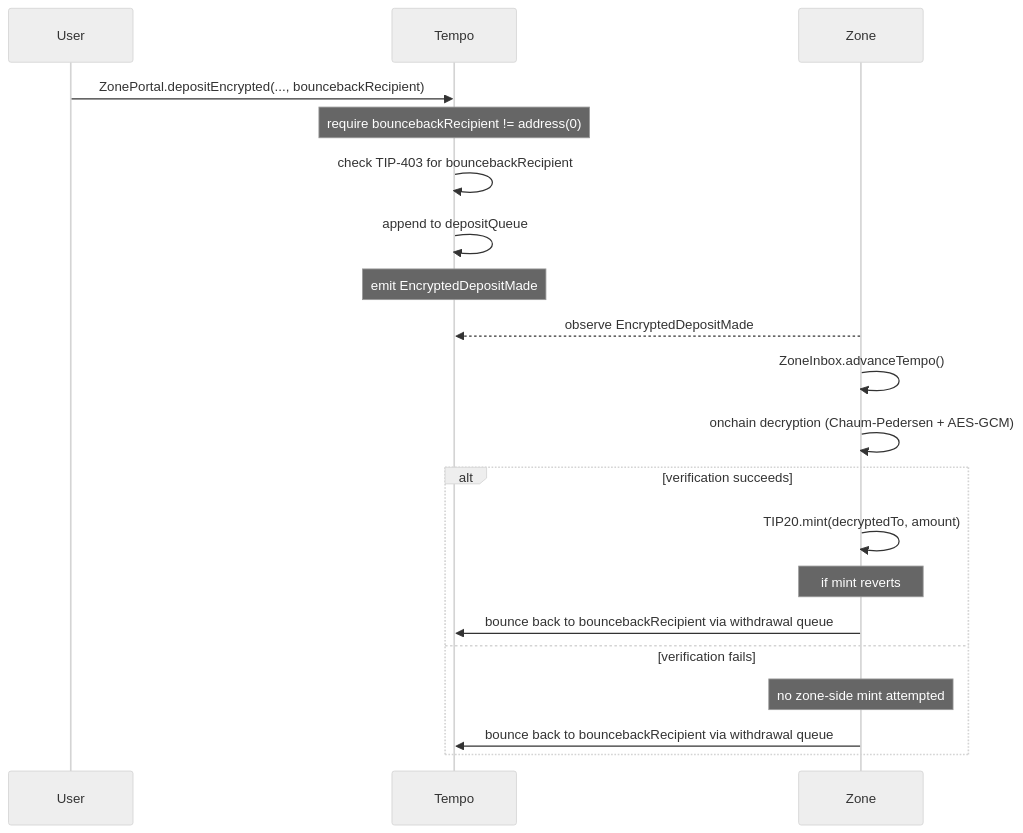
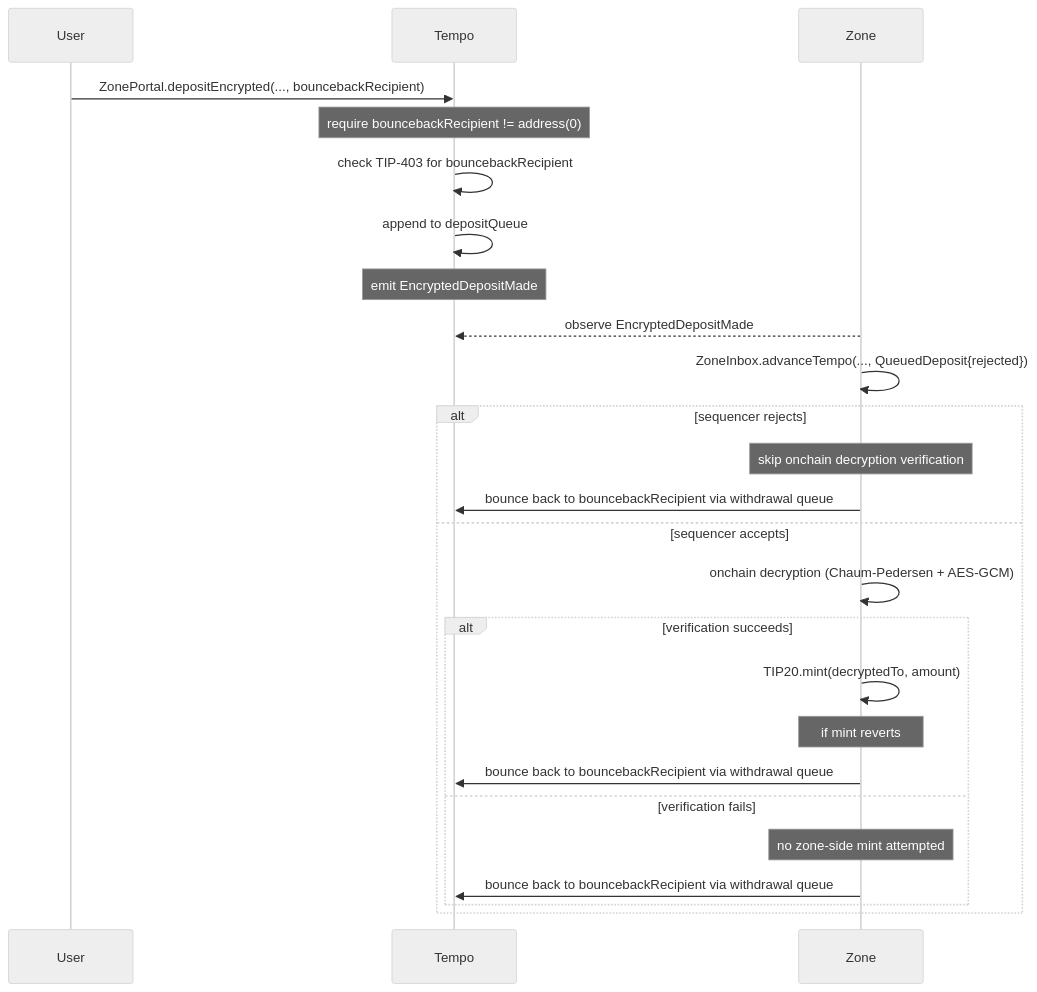
Before and after one commit to tempoxyz/zones: the third of 5 diagrams in specs/spec.md, drawn with Mermaid (neutral theme). The commit also changed other lines of this file, not shown here.

First line of the commit message:
spec: add sequencer-side deposit rejection

````diff
--- a/specs/spec.md
+++ b/specs/spec.md
@@ -371,23 +373,28 @@
 ```mermaid
 sequenceDiagram
     participant U as User
     participant T as Tempo
     participant Z as Zone
 
     U->>T: ZonePortal.depositEncrypted(..., bouncebackRecipient)
     Note over T: require bouncebackRecipient != address(0)
     T->>T: check TIP-403 for bouncebackRecipient
     T->>T: append to depositQueue
     Note over T: emit EncryptedDepositMade
     Z-->>T: observe EncryptedDepositMade
-    Z->>Z: ZoneInbox.advanceTempo()
-    Z->>Z: onchain decryption (Chaum-Pedersen + AES-GCM)
-    alt verification succeeds
-        Z->>Z: TIP20.mint(decryptedTo, amount)
-        Note over Z: if mint reverts
+    Z->>Z: ZoneInbox.advanceTempo(..., QueuedDeposit{rejected})
+    alt sequencer rejects
+        Note over Z: skip onchain decryption verification
         Z->>T: bounce back to bouncebackRecipient via withdrawal queue
-    else verification fails
-        Note over Z: no zone-side mint attempted
-        Z->>T: bounce back to bouncebackRecipient via withdrawal queue
+    else sequencer accepts
+        Z->>Z: onchain decryption (Chaum-Pedersen + AES-GCM)
+        alt verification succeeds
+            Z->>Z: TIP20.mint(decryptedTo, amount)
+            Note over Z: if mint reverts
+            Z->>T: bounce back to bouncebackRecipient via withdrawal queue
+        else verification fails
+            Note over Z: no zone-side mint attempted
+            Z->>T: bounce back to bouncebackRecipient via withdrawal queue
+        end
     end
 ```
````
